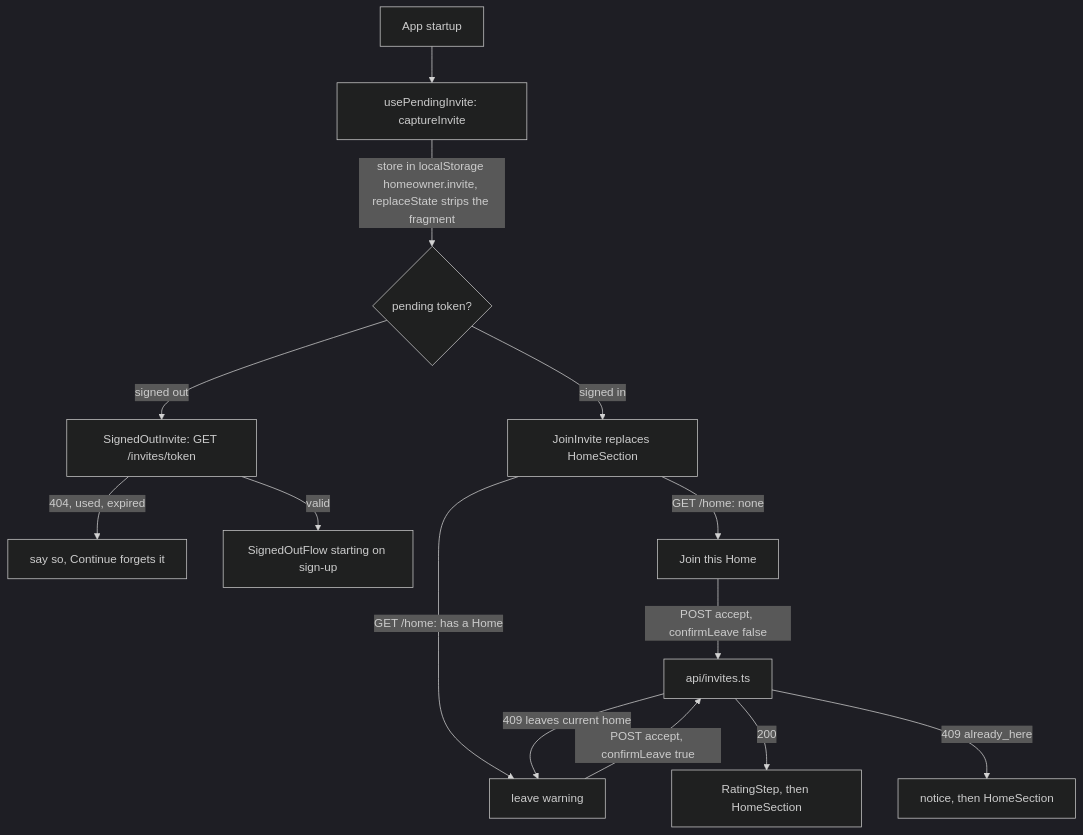
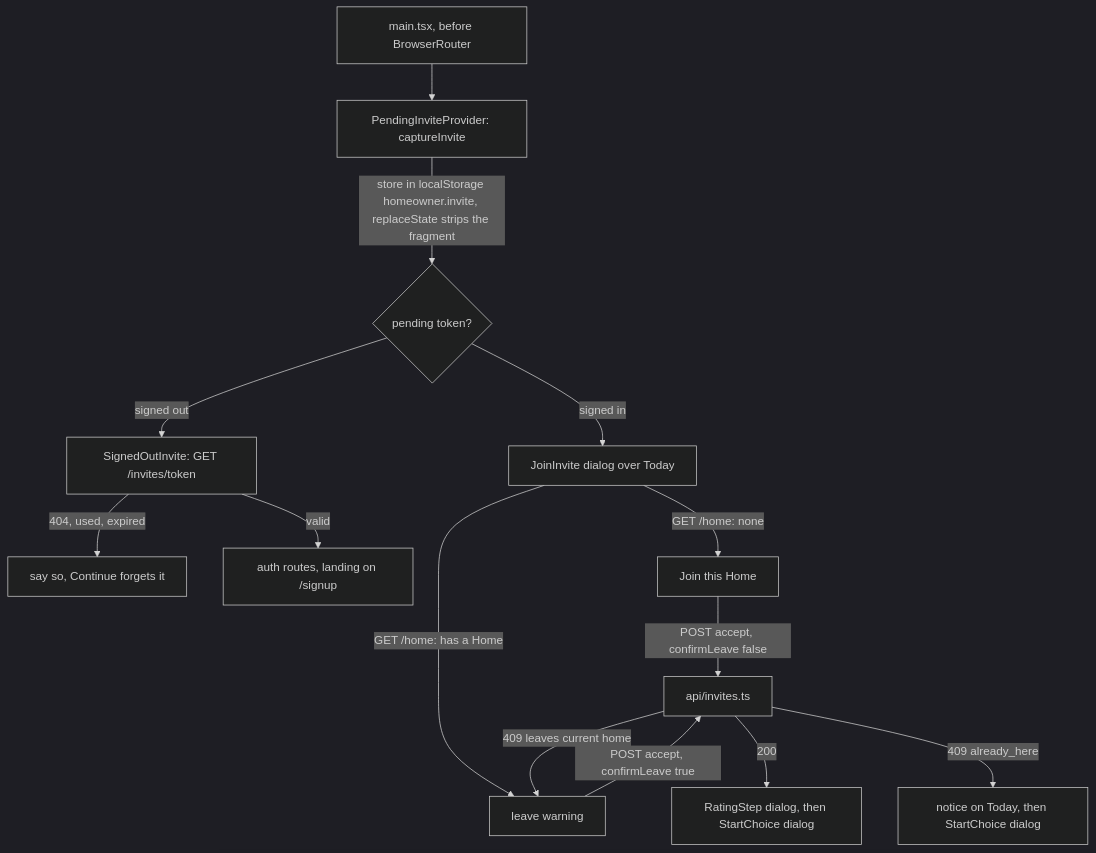
Before and after one commit to AbnerWillclefy/Homeowner: the tenth of 10 diagrams in docs/architecture/web.md, drawn with Mermaid (dark theme). The commit also changed other lines of this file and 3 other files, not shown here.

Commit message:
docs(architecture): describe the router, shell and route guard

````diff
--- a/docs/architecture/web.md
+++ b/docs/architecture/web.md
@@ -304,16 +340,16 @@
 ```mermaid
 flowchart TD
-    START[App startup] --> CAP[usePendingInvite: captureInvite]
+    START[main.tsx, before BrowserRouter] --> CAP[PendingInviteProvider: captureInvite]
     CAP -->|store in localStorage homeowner.invite, replaceState strips the fragment| TOK{pending token?}
     TOK -->|signed out| SOI[SignedOutInvite: GET /invites/token]
     SOI -->|404, used, expired| DEAD[say so, Continue forgets it]
-    SOI -->|valid| FLOW[SignedOutFlow starting on sign-up]
-    TOK -->|signed in| JOIN[JoinInvite replaces HomeSection]
+    SOI -->|valid| FLOW[auth routes, landing on /signup]
+    TOK -->|signed in| JOIN[JoinInvite dialog over Today]
     JOIN -->|GET /home: none| BTN[Join this Home]
     JOIN -->|GET /home: has a Home| WARN[leave warning]
     BTN -->|POST accept, confirmLeave false| ACC[api/invites.ts]
     WARN -->|POST accept, confirmLeave true| ACC
     ACC -->|409 leaves current home| WARN
-    ACC -->|200| RATE[RatingStep, then HomeSection]
-    ACC -->|409 already_here| NOTE[notice, then HomeSection]
+    ACC -->|200| RATE[RatingStep dialog, then StartChoice dialog]
+    ACC -->|409 already_here| NOTE[notice on Today, then StartChoice dialog]
 ```
````
